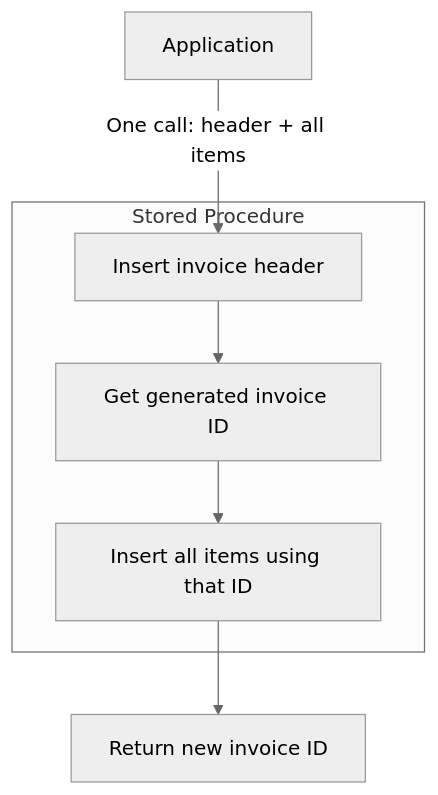
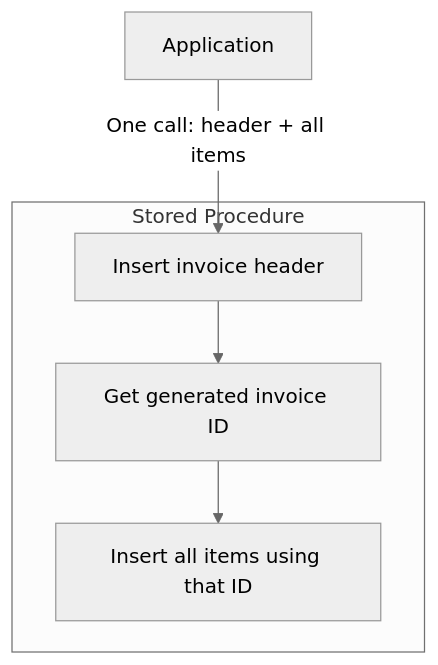
Before and after one commit to tjovic/database-design-labs-public: the second of 4 diagrams in labs/lab08-complex-parameters.md, drawn with Mermaid (neutral theme). The commit also changed other lines of this file, not shown here.

````diff
--- a/labs/lab08-complex-parameters.md
+++ b/labs/lab08-complex-parameters.md
@@ -164,9 +164,8 @@
 ```mermaid
 flowchart TD
     A["Application"] -->|"One call: header + all items"| B
     subgraph P["Stored Procedure"]
         B["Insert invoice header"] --> C["Get generated invoice ID"]
         C --> D["Insert all items using that ID"]
     end
-    D --> E["Return new invoice ID"]
 ```
````
